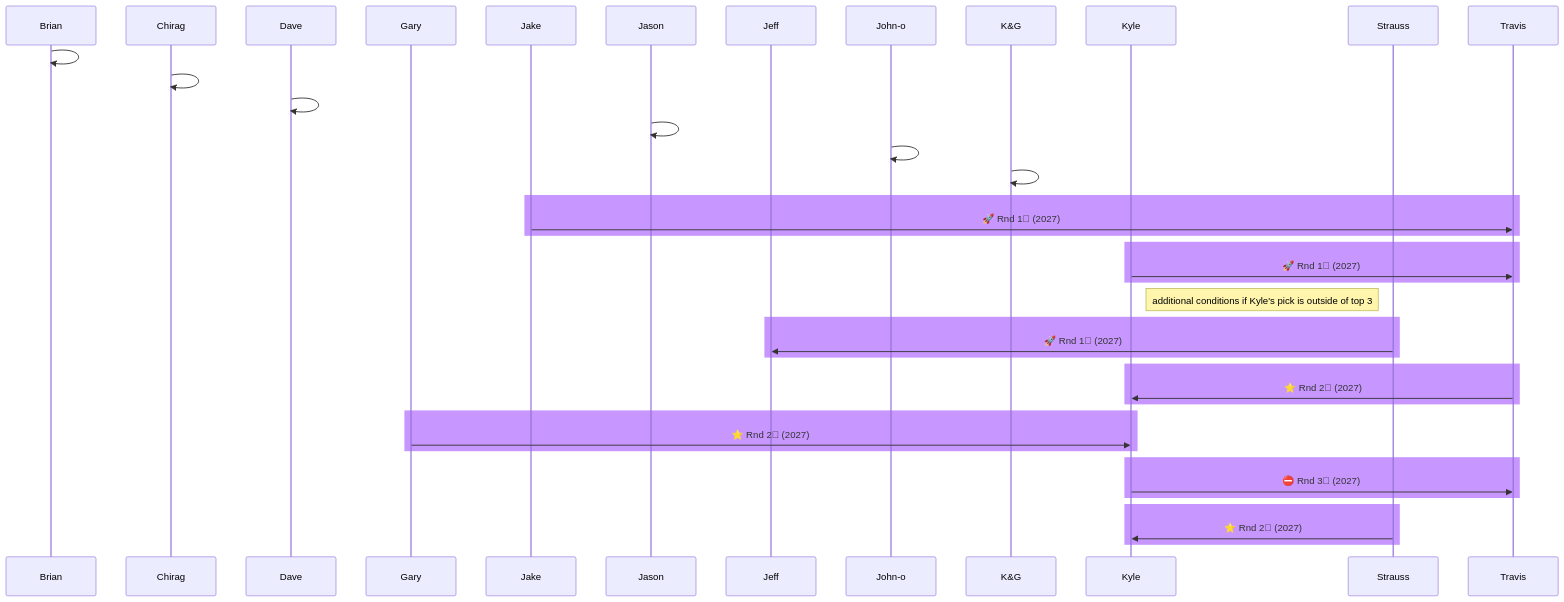
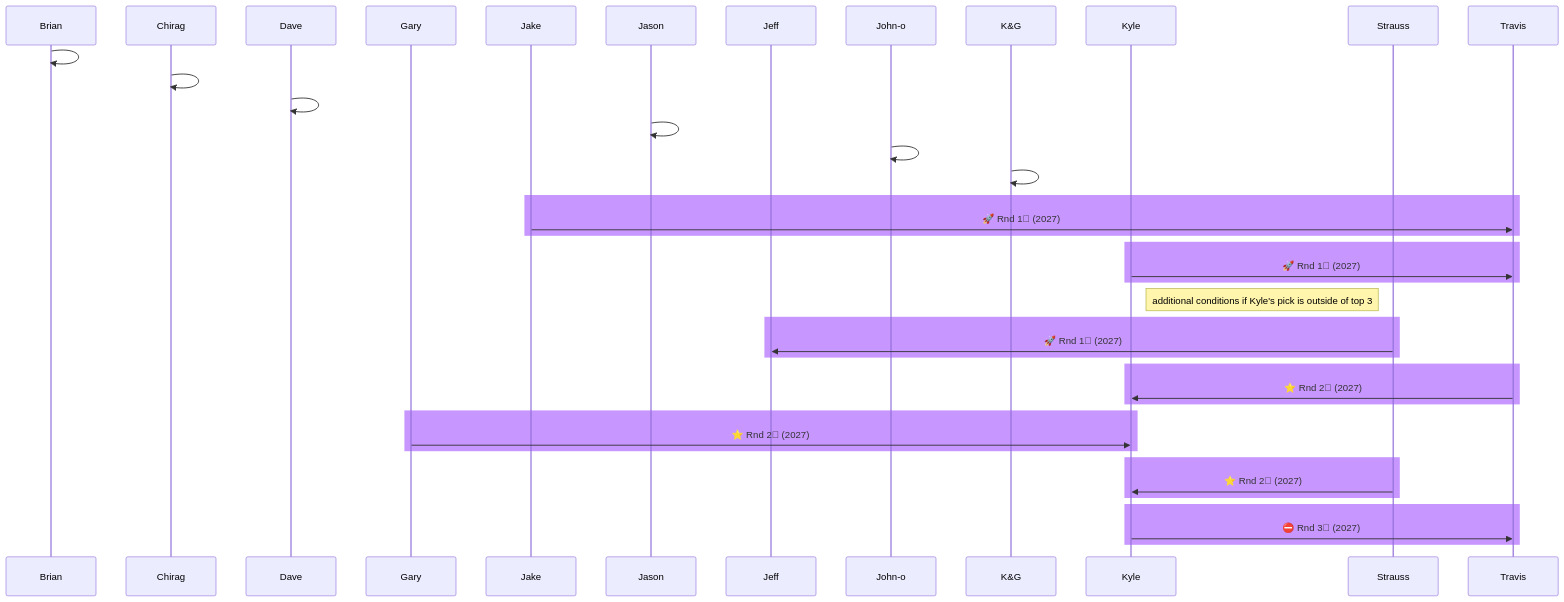
The first of 2 diagrams in phantazee.qmd (jtkulas/kittywampas), drawn with Mermaid before and after one commit. The commit also changed other lines of this file and 4 other files, not shown here.

Commit message:
fixing to/from & 2nd round vs 3rd round mermaid placement

````diff
--- a/phantazee.qmd
+++ b/phantazee.qmd
@@ -48,48 +50,49 @@
 ```{mermaid}
 %%| mermaid-format: png
 %%| fig-width: 8
 %%| label: fig-current
 %%| fig-cap: "Individual drapht pick trades (2027 and onward)"
 sequenceDiagram
 participant Brian
 participant Chirag
 participant Dave
 participant Gary
 participant Jake
 participant Jason
 participant Jeff
 participant John-o
 participant K&G
 participant Kyle
 participant Strauss
 participant Travis
 Brian->>Brian:  
 Chirag->>Chirag:  
 Dave->>Dave:  
 Jason->>Jason:  
 John-o->>John-o:  
 K&G->>K&G:  
 
 rect rgb(200, 150, 255)
 Jake->>Travis: 🚀 Rnd 1⃣ (2027) 
 end
 rect rgb(200, 150, 255)
 Kyle->>Travis: 🚀 Rnd 1⃣ (2027) 
 end
 Note right of Kyle: additional conditions if Kyle's pick is outside of top 3
 rect rgb(200, 150, 255)
 Strauss->>Jeff: 🚀 Rnd 1⃣ (2027) 
 end
 rect rgb(200, 150, 255)
 Travis->>Kyle: ⭐ Rnd 2⃣ (2027)
 end
 rect rgb(200, 150, 255)
 Gary->>Kyle: ⭐ Rnd 2⃣ (2027)
 end
 rect rgb(200, 150, 255)
+Strauss->>Kyle: ⭐ Rnd 2⃣ (2027)
+end
+rect rgb(200, 150, 255)
 Kyle->>Travis: ⛔ Rnd 3⃣ (2027)
 end
-rect rgb(200, 150, 255)
-Strauss->>Kyle: ⭐ Rnd 2⃣ (2027)
-end
+
 ```
````
